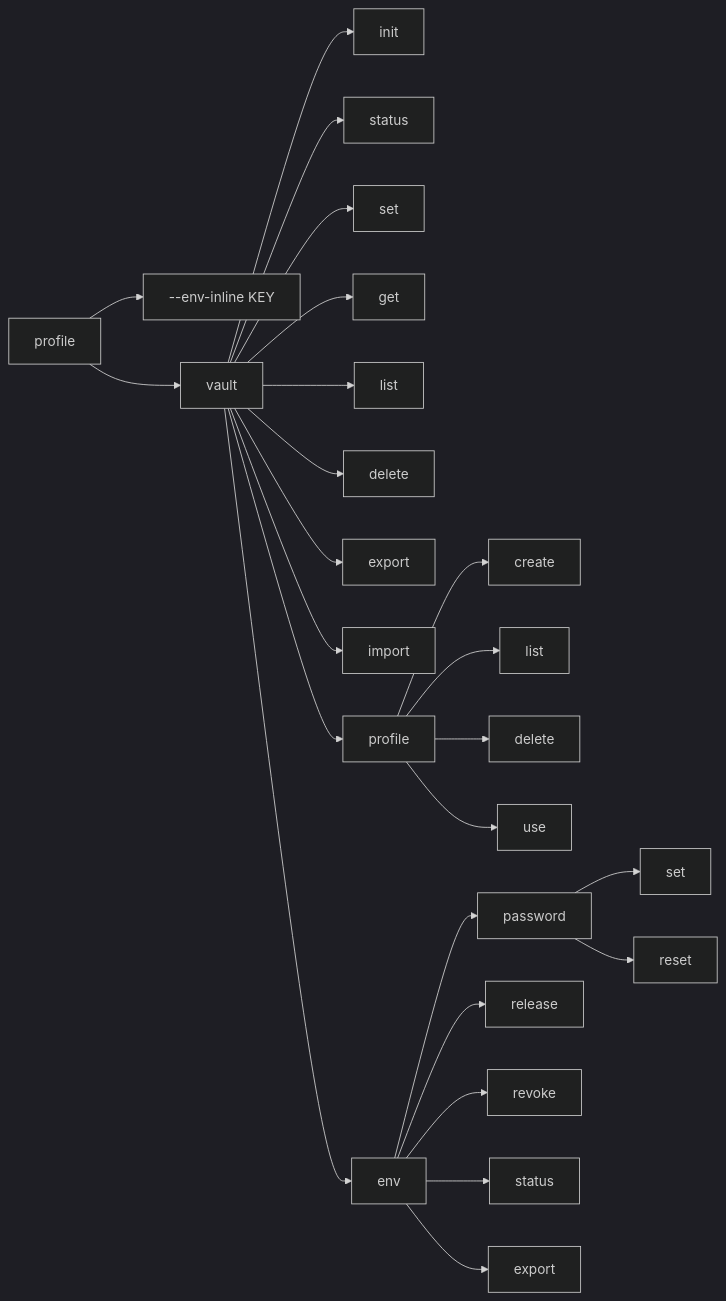
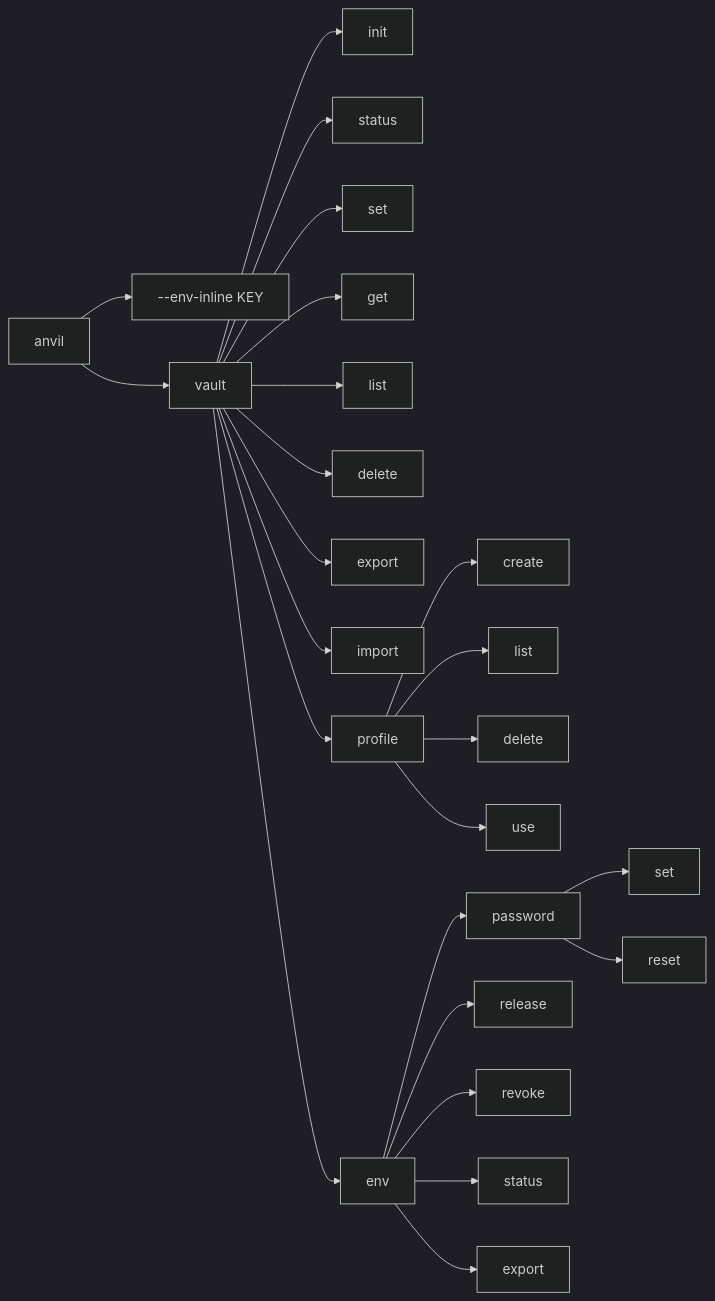
One commit to inovacc/anvil changed the second of 15 diagrams in docs/ARCHITECTURE.md. Above: the diagram before and after it, drawn with Mermaid (dark theme). The commit also changed other lines of this file and 29 other files, not shown here.

First line of the commit message:
refactor: rename project from profile to anvil

````diff
--- a/docs/ARCHITECTURE.md
+++ b/docs/ARCHITECTURE.md
@@ -59,32 +59,32 @@
 ```mermaid
 graph LR
-    root["profile"]
+    root["anvil"]
 
     root --> envInline["--env-inline KEY"]
     root --> vault["vault"]
 
     vault --> init["init"]
     vault --> status["status"]
     vault --> set["set"]
     vault --> get["get"]
     vault --> list["list"]
     vault --> delete["delete"]
     vault --> export["export"]
     vault --> import_["import"]
     vault --> prof["profile"]
     vault --> env["env"]
 
     prof --> pcreate["create"]
     prof --> plist["list"]
     prof --> pdelete["delete"]
     prof --> puse["use"]
 
     env --> password["password"]
     env --> release["release"]
     env --> revoke["revoke"]
     env --> estatus["status"]
     env --> eexport["export"]
 
     password --> pwset["set"]
     password --> pwreset["reset"]
 ```
````
